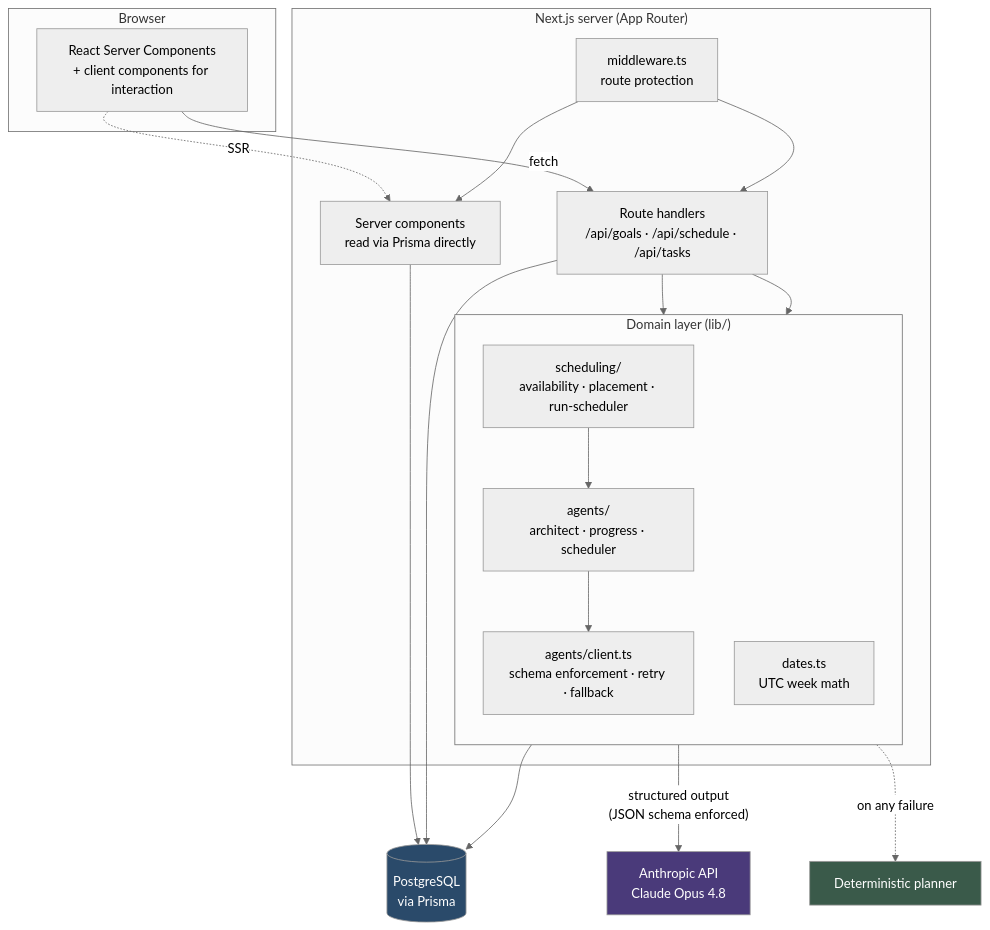
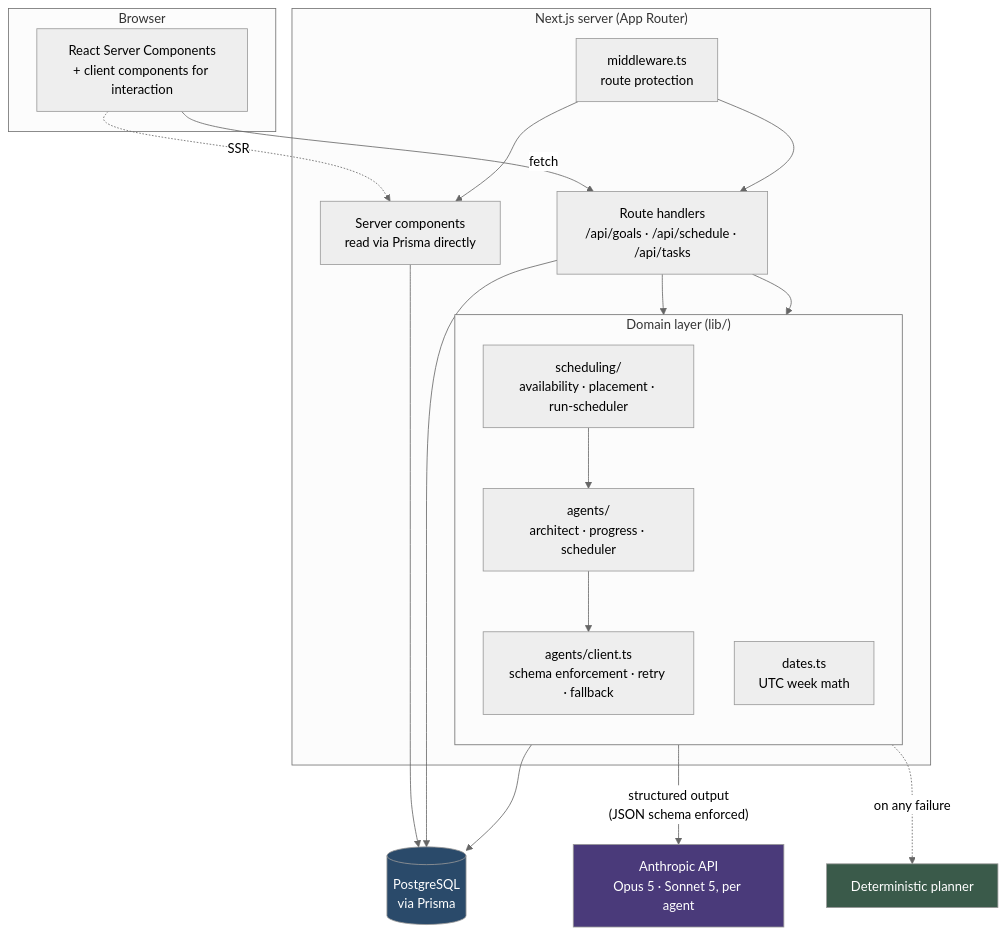
One commit to hargens-holland/GoalApp changed the first of 4 diagrams in docs/ARCHITECTURE.md. Above: the diagram before and after it, drawn with Mermaid (neutral theme). The commit also changed other lines of this file and 3 other files, not shown here.

````diff
--- a/docs/ARCHITECTURE.md
+++ b/docs/ARCHITECTURE.md
@@ -14,41 +14,41 @@
 ```mermaid
 flowchart TB
     subgraph client["Browser"]
         UI["React Server Components<br/>+ client components for interaction"]
     end
 
     subgraph server["Next.js server (App Router)"]
         MW["middleware.ts<br/>route protection"]
         Pages["Server components<br/>read via Prisma directly"]
         API["Route handlers<br/>/api/goals · /api/schedule · /api/tasks"]
 
         subgraph domain["Domain layer (lib/)"]
             direction TB
             Agents["agents/<br/>architect · progress · scheduler"]
             Client["agents/client.ts<br/>schema enforcement · retry · fallback"]
             Sched["scheduling/<br/>availability · placement · run-scheduler"]
             Dates["dates.ts<br/>UTC week math"]
         end
     end
 
     DB[("PostgreSQL<br/>via Prisma")]
-    LLM["Anthropic API<br/>Claude Opus 4.8"]
+    LLM["Anthropic API<br/>Opus 5 · Sonnet 5, per agent"]
 
     UI -->|"fetch"| API
     UI -.->|"SSR"| Pages
     MW --> Pages
     MW --> API
     Pages --> DB
     API --> DB
     API --> Agents
     API --> Sched
     Agents --> Client
     Sched --> Agents
     Sched --> DB
     Client -->|"structured output<br/>(JSON schema enforced)"| LLM
     Client -.->|"on any failure"| Fallback["Deterministic planner"]
 
     style LLM fill:#4a3a7a,color:#fff
     style Fallback fill:#3a5a4a,color:#fff
     style DB fill:#2a4a6a,color:#fff
 ```
````
